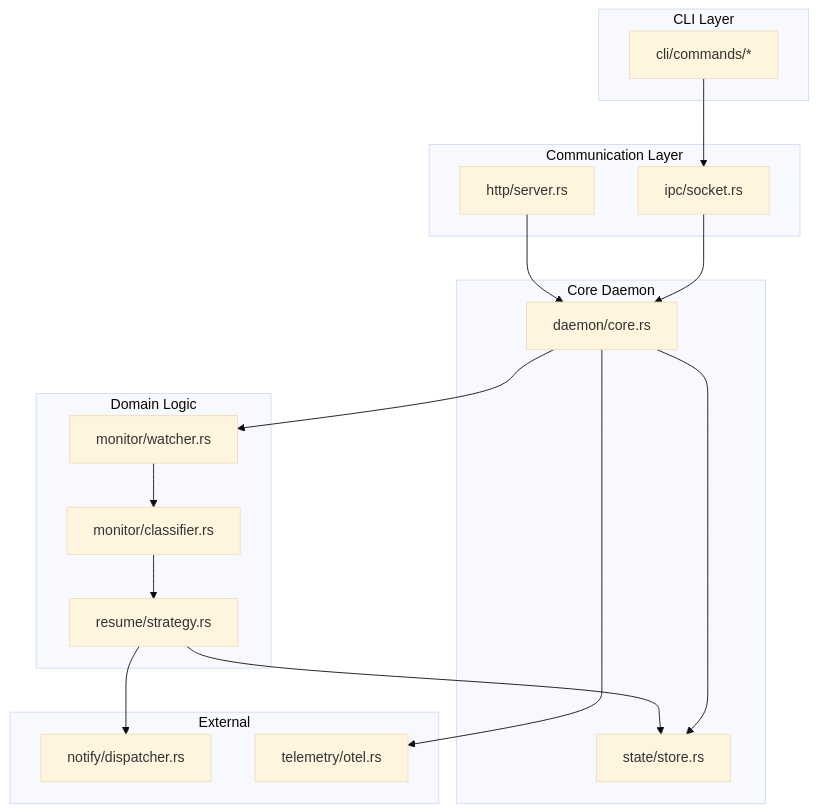
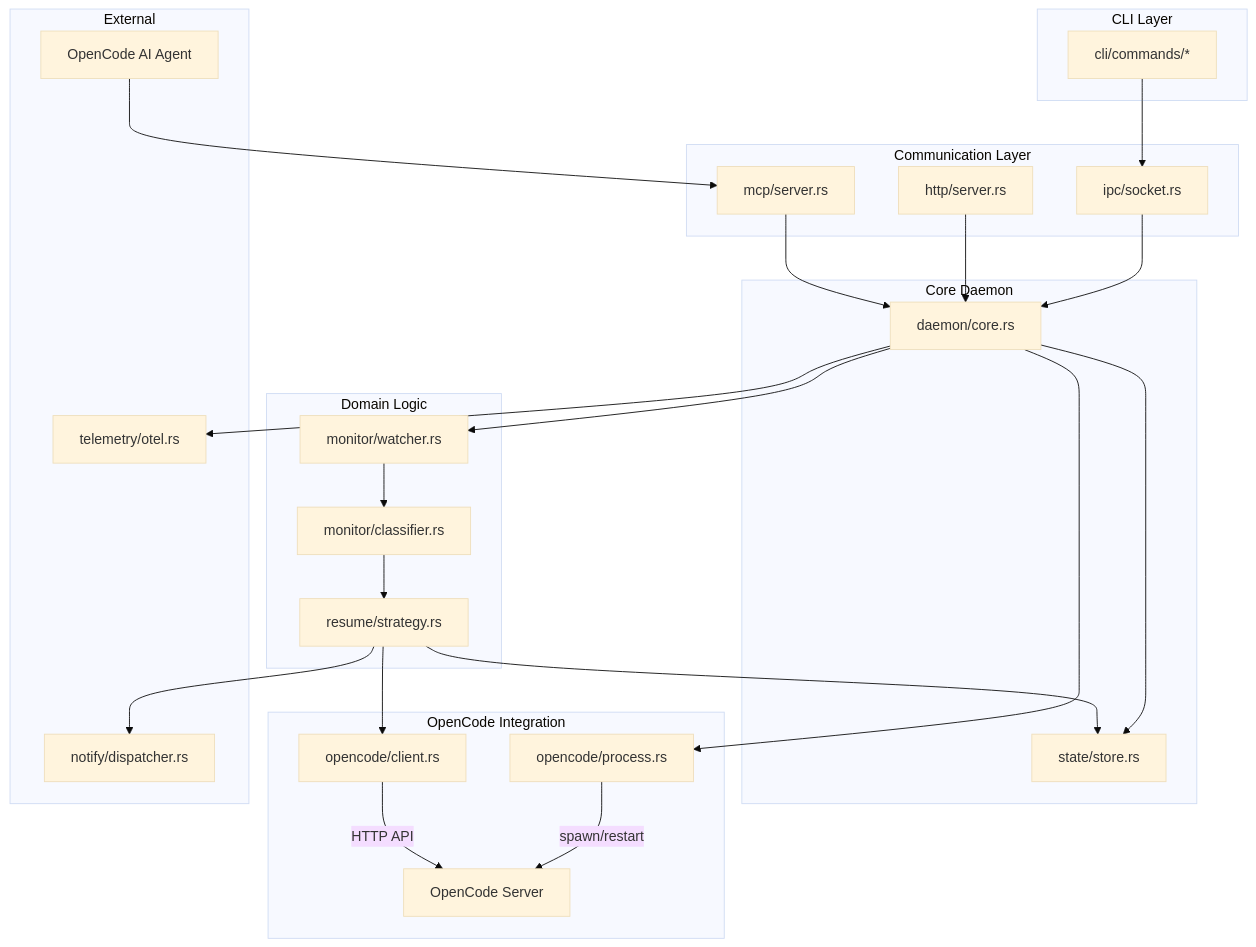
The second of 3 diagrams in _bmad-output/planning-artifacts/architecture.md (Jack-R-Hong/palingenesis), drawn with Mermaid (base theme) before and after one commit. The commit also changed other lines of this file and 45 other files, not shown here.

````diff
--- a/_bmad-output/planning-artifacts/architecture.md
+++ b/_bmad-output/planning-artifacts/architecture.md
@@ -623,38 +640,52 @@
 ```mermaid
 graph TB
     subgraph "CLI Layer"
         CLI[cli/commands/*]
     end
     
     subgraph "Communication Layer"
         IPC[ipc/socket.rs]
         HTTP[http/server.rs]
+        MCP[mcp/server.rs]
     end
     
     subgraph "Core Daemon"
         Daemon[daemon/core.rs]
         State[state/store.rs]
     end
     
     subgraph "Domain Logic"
         Monitor[monitor/watcher.rs]
         Classifier[monitor/classifier.rs]
         Resume[resume/strategy.rs]
     end
     
+    subgraph "OpenCode Integration"
+        OCProcess[opencode/process.rs]
+        OCClient[opencode/client.rs]
+        OCServer[OpenCode Server]
+    end
+    
     subgraph "External"
         Notify[notify/dispatcher.rs]
         Telemetry[telemetry/otel.rs]
+        OpenCodeAgent[OpenCode AI Agent]
     end
     
     CLI --> IPC
     IPC --> Daemon
     HTTP --> Daemon
+    MCP --> Daemon
+    OpenCodeAgent --> MCP
     Daemon --> Monitor
     Daemon --> State
+    Daemon --> OCProcess
+    OCProcess -->|spawn/restart| OCServer
+    OCClient -->|HTTP API| OCServer
     Monitor --> Classifier
     Classifier --> Resume
+    Resume --> OCClient
     Resume --> State
     Resume --> Notify
     Daemon --> Telemetry
 ```
````
